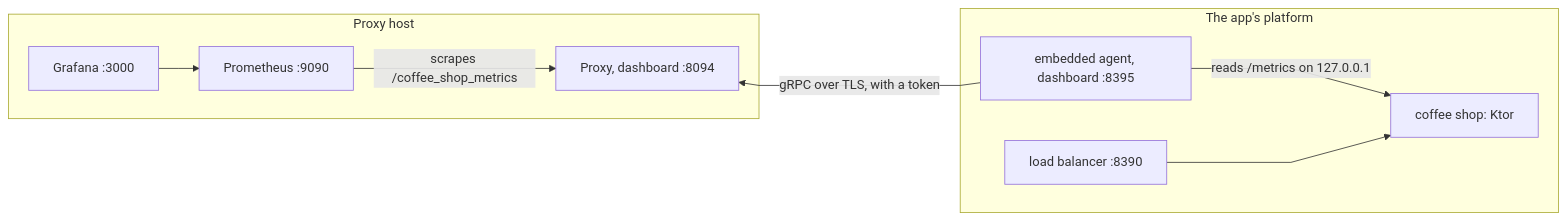
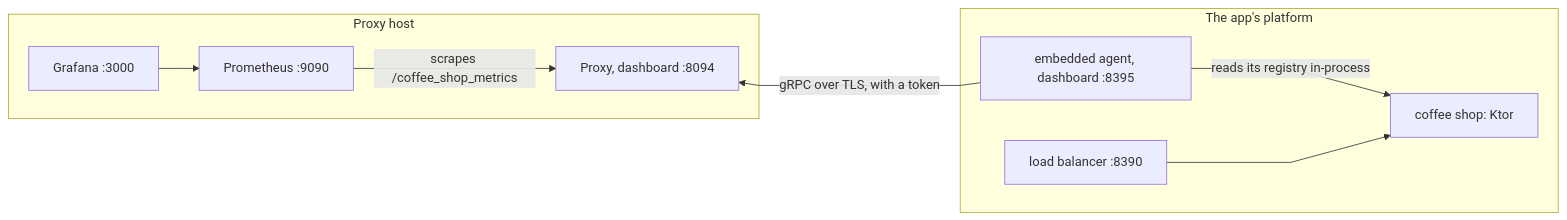
Before and after one commit to pambrose/prometheus-proxy: the diagram in website/prometheus-proxy/docs/embedded-demo.md, drawn with Mermaid. The commit also changed other lines of this file and 18 other files, not shown here.

First line of the commit message:
Run the embedded demo's coffee shop on the Ktor plugin (#511)

````diff
--- a/website/prometheus-proxy/docs/embedded-demo.md
+++ b/website/prometheus-proxy/docs/embedded-demo.md
@@ -12,23 +12,23 @@
 ``` mermaid
 %%{init: {'flowchart': {'curve': 'linear'}}}%%
 graph LR
   G[Grafana :3000] --> P[Prometheus :9090]
   P -->|scrapes /coffee_shop_metrics| Proxy[Proxy, dashboard :8094]
   %% The agent connects out to the proxy, so its arrow points back. The invisible link keeps the app to the right.
   Proxy ~~~ Agent
   Agent[embedded agent, dashboard :8395] -->|gRPC over TLS, with a token| Proxy
-  Agent -->|reads /metrics on 127.0.0.1| App[coffee shop: Ktor]
+  Agent -->|reads its registry in-process| App[coffee shop: Ktor]
   LB[load balancer :8390] --> App
 
   subgraph Proxy host
     G
     P
     Proxy
   end
 
   subgraph The app's platform
     LB
     Agent
     App
   end
 ```
````
